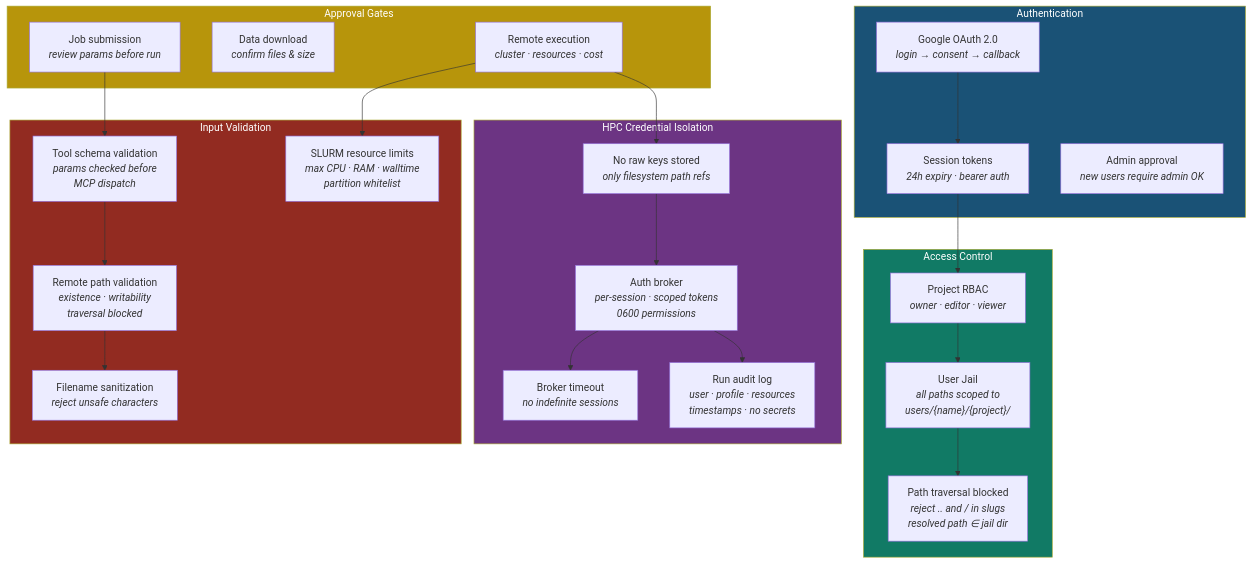
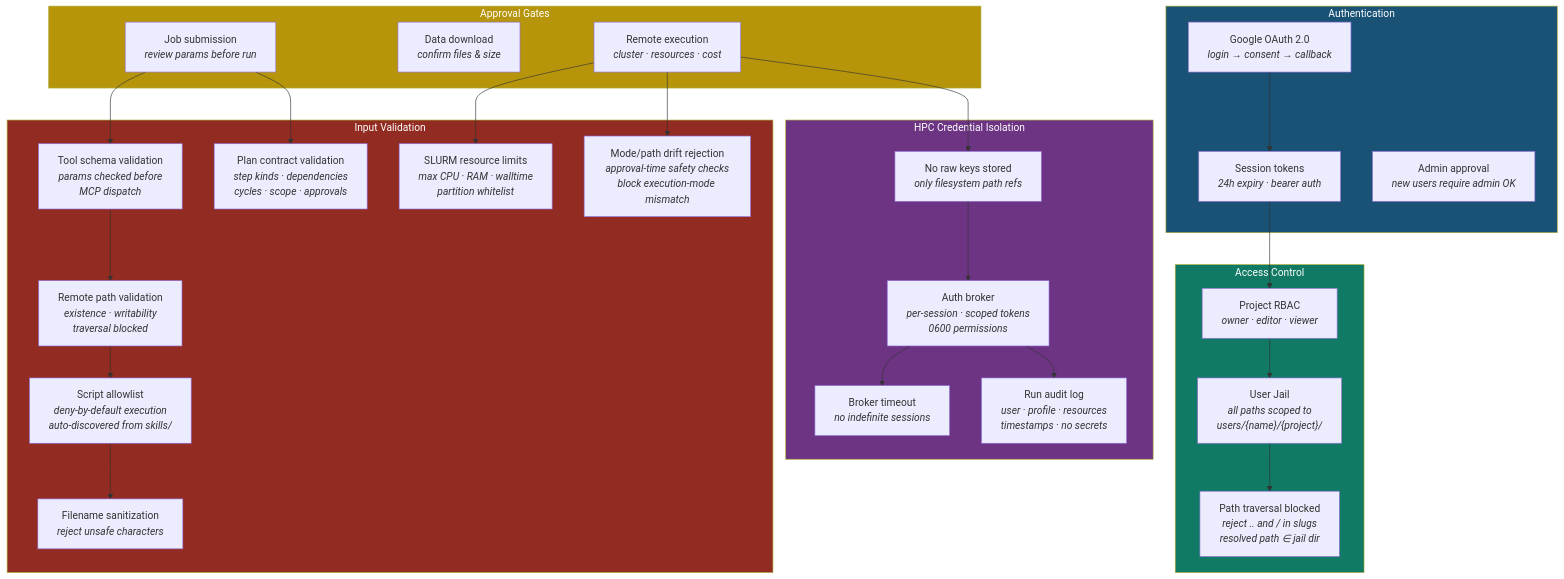
The sixth of 8 diagrams in docs/architecture_diagrams.md (mortazavilab/agoutic), drawn with Mermaid before and after one commit. The commit also changed other lines of this file and 26 other files, not shown here.

````diff
--- a/docs/architecture_diagrams.md
+++ b/docs/architecture_diagrams.md
@@ -317,48 +383,53 @@
 ```mermaid
 flowchart TB
     subgraph Auth ["Authentication"]
         OAuth["Google OAuth 2.0<br/><i>login → consent → callback</i>"]
         Session["Session tokens<br/><i>24h expiry · bearer auth</i>"]
         Admin["Admin approval<br/><i>new users require admin OK</i>"]
     end
 
     subgraph Access ["Access Control"]
         RBAC["Project RBAC<br/><i>owner · editor · viewer</i>"]
         Jail["User Jail<br/><i>all paths scoped to<br/>users/{name}/{project}/</i>"]
         Traversal["Path traversal blocked<br/><i>reject .. and / in slugs<br/>resolved path ∈ jail dir</i>"]
     end
 
     subgraph Approval ["Approval Gates"]
         JobApproval["Job submission<br/><i>review params before run</i>"]
         DLApproval["Data download<br/><i>confirm files & size</i>"]
         RemoteApproval["Remote execution<br/><i>cluster · resources · cost</i>"]
     end
 
     subgraph HPC_Sec ["HPC Credential Isolation"]
         NoStore["No raw keys stored<br/><i>only filesystem path refs</i>"]
         Broker["Auth broker<br/><i>per-session · scoped tokens<br/>0600 permissions</i>"]
         Timeout["Broker timeout<br/><i>no indefinite sessions</i>"]
         Audit["Run audit log<br/><i>user · profile · resources<br/>timestamps · no secrets</i>"]
     end
 
     subgraph Validation ["Input Validation"]
         Schema["Tool schema validation<br/><i>params checked before<br/>MCP dispatch</i>"]
+        PlanContract["Plan contract validation<br/><i>step kinds · dependencies<br/>cycles · scope · approvals</i>"]
         Resource["SLURM resource limits<br/><i>max CPU · RAM · walltime<br/>partition whitelist</i>"]
         RemotePath["Remote path validation<br/><i>existence · writability<br/>traversal blocked</i>"]
+        ScriptAllow["Script allowlist<br/><i>deny-by-default execution<br/>auto-discovered from skills/</i>"]
         Sanitize["Filename sanitization<br/><i>reject unsafe characters</i>"]
+        ModeDrift["Mode/path drift rejection<br/><i>approval-time safety checks<br/>block execution-mode mismatch</i>"]
     end
 
     OAuth --> Session --> RBAC
     RBAC --> Jail --> Traversal
     JobApproval --> Schema
+    JobApproval --> PlanContract
     RemoteApproval --> Resource
+    RemoteApproval --> ModeDrift
     RemoteApproval --> NoStore --> Broker --> Timeout
     Broker --> Audit
-    Schema --> RemotePath --> Sanitize
+    Schema --> RemotePath --> ScriptAllow --> Sanitize
 
     style Auth fill:#1a5276,color:#fff
     style Access fill:#117a65,color:#fff
     style Approval fill:#b7950b,color:#fff
     style HPC_Sec fill:#6c3483,color:#fff
     style Validation fill:#922b21,color:#fff
 ```
````
